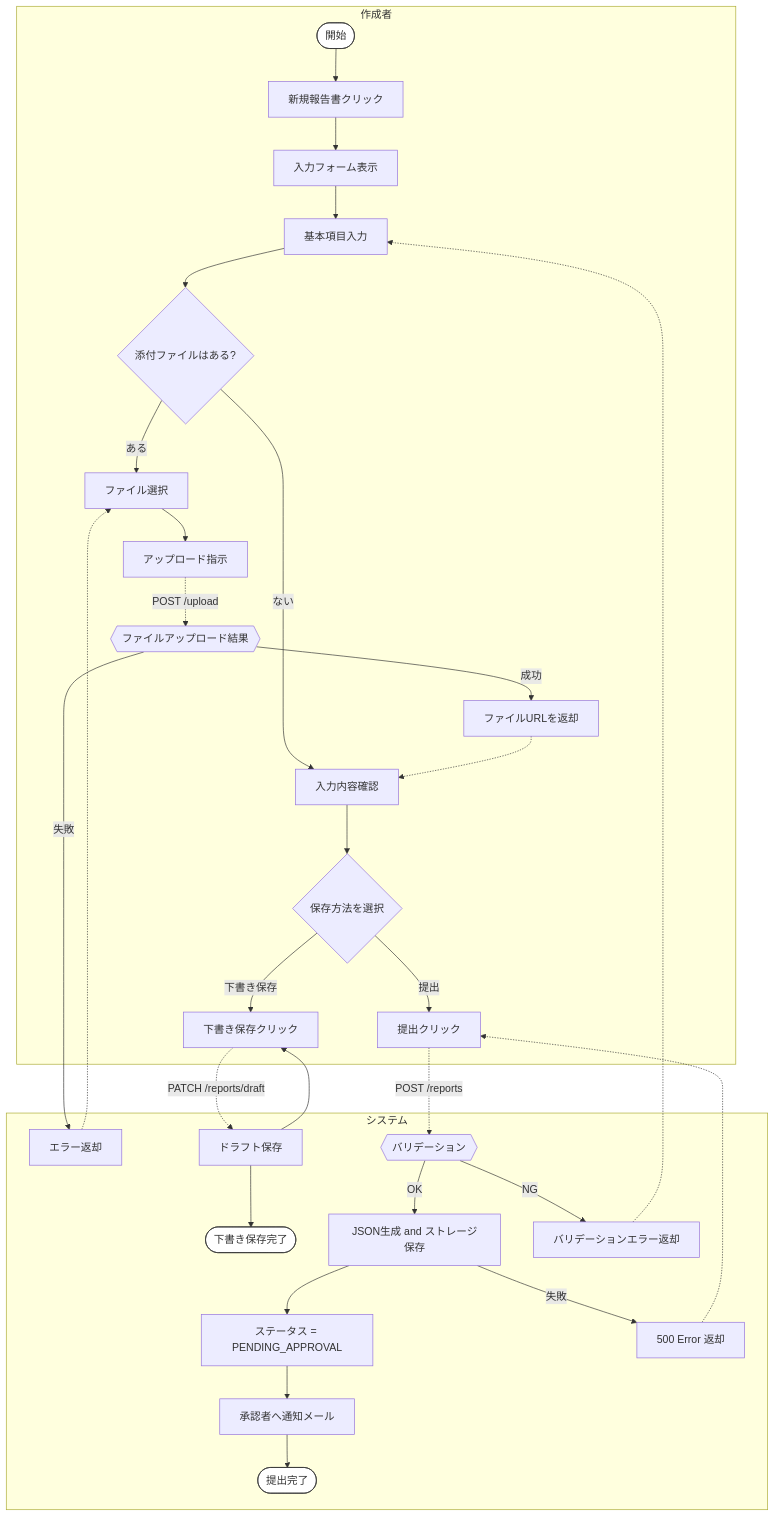
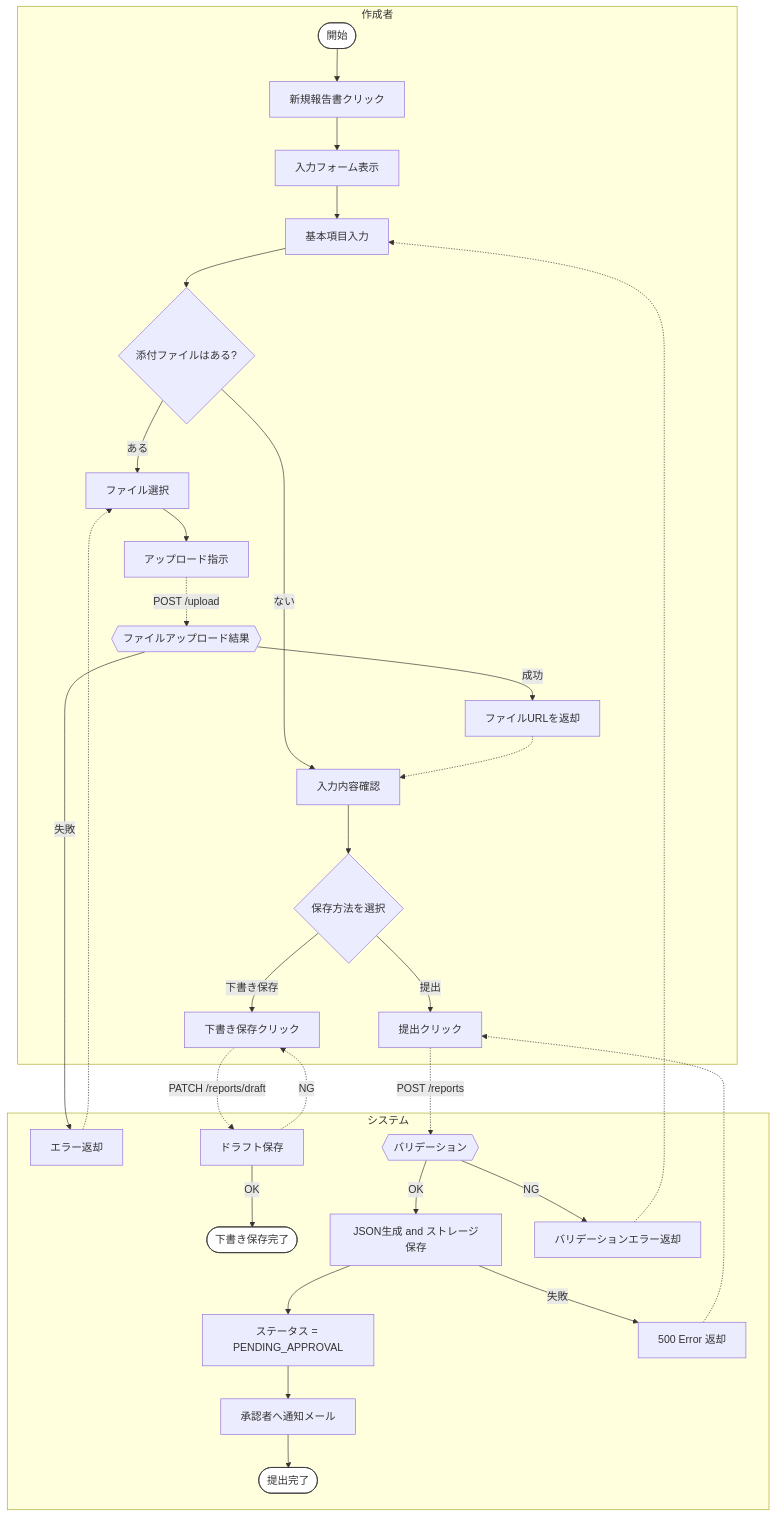
The diagram in act.md (MineyamaHiyori/detailed_architect), drawn with Mermaid before and after one commit.

````diff
--- a/act.md
+++ b/act.md
@@ -1,37 +1,37 @@
 ```mermaid
 flowchart TD
   subgraph 作成者
     A0([開始]) --> A1["新規報告書クリック"]
     A1 --> A2["入力フォーム表示"]
     A2 --> A3["基本項目入力"]
     A3 --> A4{"添付ファイルはある?"}
     A4 -- ある --> A5["ファイル選択"]
     A5 --> A6["アップロード指示"]
     A4 -- ない --> A7["入力内容確認"]
     A6 -.->|POST /upload| S1
     S2 -.-> A7
     A7 --> A8{"保存方法を選択"}
     A8 -- 下書き保存 --> A9["下書き保存クリック"]
     A8 -- 提出 --> A10["提出クリック"]
   end
 
   subgraph システム
     S1{{ファイルアップロード結果}}
     S1 -- 成功 --> S2["ファイルURLを返却"]
     S1 -- 失敗 --> S3["エラー返却"] -.-> A5
     A9 -.-> |PATCH /reports/draft| S4["ドラフト保存"]
-    S4 --> S5([下書き保存完了])
+    S4 -- OK --> S5([下書き保存完了])
     A10 -.-> |POST /reports| S6{{バリデーション}}
     S6 -- OK --> S7["JSON生成 and ストレージ保存"]
     S7 --> S8["ステータス = PENDING_APPROVAL"]
     S8 --> S9["承認者へ通知メール"]
     S9 --> S10([提出完了])
     S6 -- NG  --> S11["バリデーションエラー返却"] -.-> A3
     S7 -- 失敗 --> S12["500 Error 返却"] -.-> A10
-    S4 --> A9
+    S4 -.->|NG| A9
   end
 
   %% --- スタイル定義 ---------------------------
   classDef term fill:#fff,stroke:#333;
   class A0,S5,S10 term;
 ```
````
